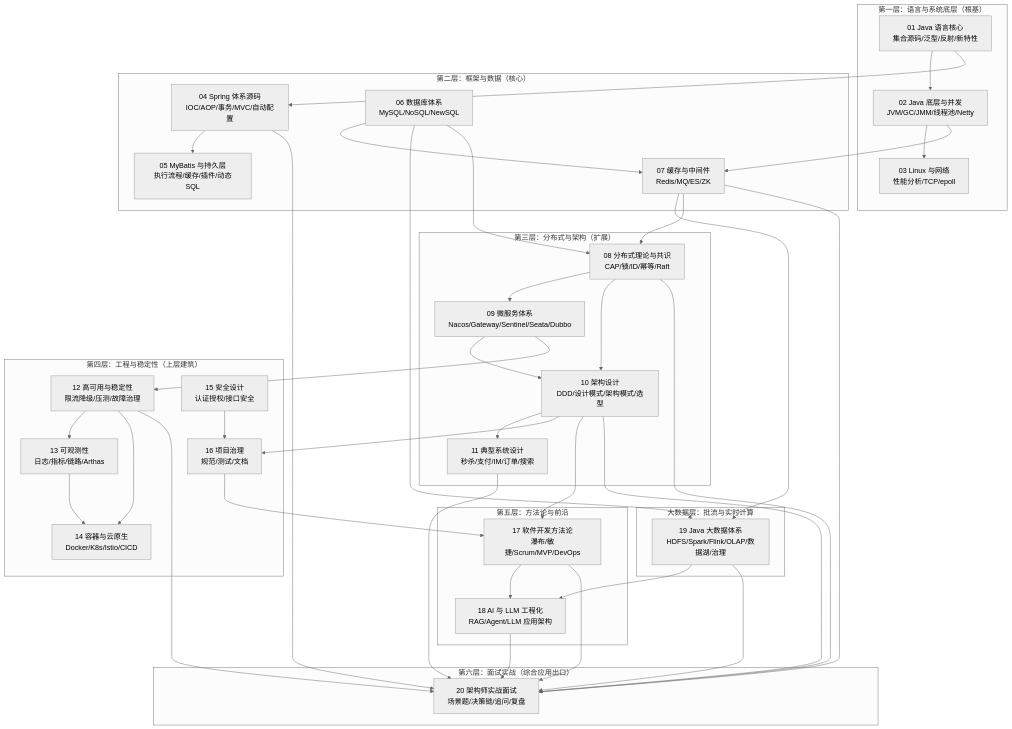
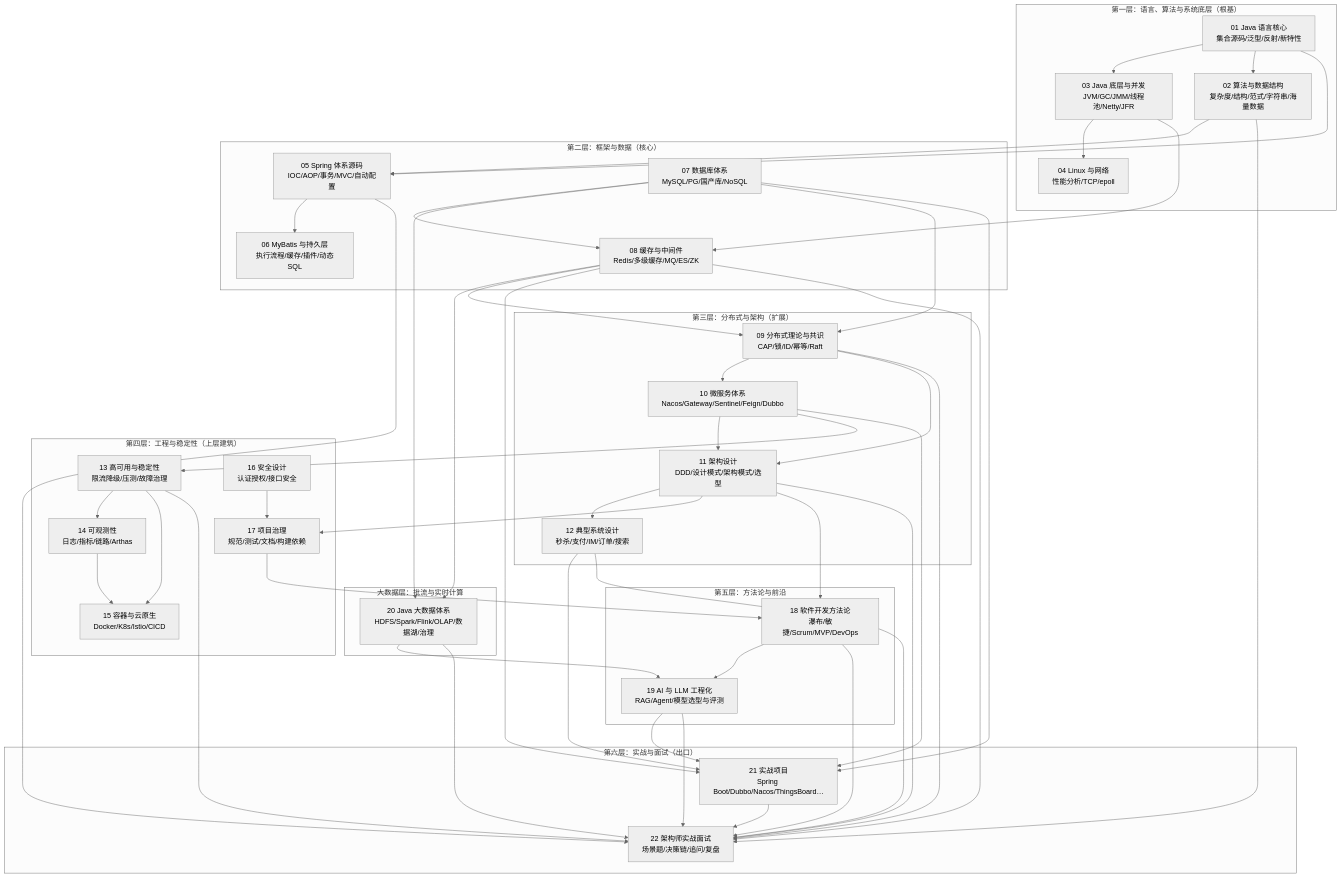
The diagram in docs/00-开始阅读/02-知识全景地图.md (cosolar/java-deep-dive), drawn with Mermaid (neutral theme) before and after one commit. The commit also changed other lines of this file and 307 other files, not shown here.

First line of the commit message:
feat: expand interview question bank and fix mermaid

````diff
--- a/docs/00-开始阅读/02-知识全景地图.md
+++ b/docs/00-开始阅读/02-知识全景地图.md
@@ -11,48 +11,52 @@
 ```mermaid
 flowchart TD
-    subgraph L1["第一层：语言与系统底层（根基）"]
+    subgraph L1["第一层：语言、算法与系统底层（根基）"]
         LANG["01 Java 语言核心<br/>集合源码/泛型/反射/新特性"]
-        JVM["02 Java 底层与并发<br/>JVM/GC/JMM/线程池/Netty"]
-        LINUX["03 Linux 与网络<br/>性能分析/TCP/epoll"]
+        ALGO["02 算法与数据结构<br/>复杂度/结构/范式/字符串/海量数据"]
+        JVM["03 Java 底层与并发<br/>JVM/GC/JMM/线程池/Netty/JFR"]
+        LINUX["04 Linux 与网络<br/>性能分析/TCP/epoll"]
     end
 
     subgraph L2["第二层：框架与数据（核心）"]
-        SPRING["04 Spring 体系源码<br/>IOC/AOP/事务/MVC/自动配置"]
-        MYBATIS["05 MyBatis 与持久层<br/>执行流程/缓存/插件/动态SQL"]
-        DB["06 数据库体系<br/>MySQL/NoSQL/NewSQL"]
-        MW["07 缓存与中间件<br/>Redis/MQ/ES/ZK"]
+        SPRING["05 Spring 体系源码<br/>IOC/AOP/事务/MVC/自动配置"]
+        MYBATIS["06 MyBatis 与持久层<br/>执行流程/缓存/插件/动态SQL"]
+        DB["07 数据库体系<br/>MySQL/PG/国产库/NoSQL"]
+        MW["08 缓存与中间件<br/>Redis/多级缓存/MQ/ES/ZK"]
     end
 
     subgraph L3["第三层：分布式与架构（扩展）"]
-        DIST["08 分布式理论与共识<br/>CAP/锁/ID/幂等/Raft"]
-        MS["09 微服务体系<br/>Nacos/Gateway/Sentinel/Seata/Dubbo"]
-        ARCH["10 架构设计<br/>DDD/设计模式/架构模式/选型"]
-        SYSDESIGN["11 典型系统设计<br/>秒杀/支付/IM/订单/搜索"]
+        DIST["09 分布式理论与共识<br/>CAP/锁/ID/幂等/Raft"]
+        MS["10 微服务体系<br/>Nacos/Gateway/Sentinel/Feign/Dubbo"]
+        ARCH["11 架构设计<br/>DDD/设计模式/架构模式/选型"]
+        SYSDESIGN["12 典型系统设计<br/>秒杀/支付/IM/订单/搜索"]
+    end
+
+    subgraph L4["第四层：工程与稳定性（上层建筑）"]
+        HA["13 高可用与稳定性<br/>限流降级/压测/故障治理"]
+        OBS["14 可观测性<br/>日志/指标/链路/Arthas"]
+        CLOUD["15 容器与云原生<br/>Docker/K8s/Istio/CICD"]
+        SEC["16 安全设计<br/>认证授权/接口安全"]
+        GOV["17 项目治理<br/>规范/测试/文档/构建依赖"]
+    end
+
+    subgraph L5["第五层：方法论与前沿"]
+        METHOD["18 软件开发方法论<br/>瀑布/敏捷/Scrum/MVP/DevOps"]
+        AI["19 AI 与 LLM 工程化<br/>RAG/Agent/模型选型与评测"]
     end
 
     subgraph L25["大数据层：批流与实时计算"]
-        BIGDATA["19 Java 大数据体系<br/>HDFS/Spark/Flink/OLAP/数据湖/治理"]
+        BIGDATA["20 Java 大数据体系<br/>HDFS/Spark/Flink/OLAP/数据湖/治理"]
     end
 
-    subgraph L4["第四层：工程与稳定性（上层建筑）"]
-        HA["12 高可用与稳定性<br/>限流降级/压测/故障治理"]
-        OBS["13 可观测性<br/>日志/指标/链路/Arthas"]
-        CLOUD["14 容器与云原生<br/>Docker/K8s/Istio/CICD"]
-        SEC["15 安全设计<br/>认证授权/接口安全"]
-        GOV["16 项目治理<br/>规范/测试/文档"]
-    end
-
-    subgraph L5["第五层：方法论与前沿"]
-        METHOD["17 软件开发方法论<br/>瀑布/敏捷/Scrum/MVP/DevOps"]
-        AI["18 AI 与 LLM 工程化<br/>RAG/Agent/LLM 应用架构"]
-    end
-
-    subgraph L6["第六层：面试实战（综合应用出口）"]
-        INTERVIEW["20 架构师实战面试<br/>场景题/决策链/追问/复盘"]
+    subgraph L6["第六层：实战与面试（出口）"]
+        PROJECT["21 实战项目<br/>Spring Boot/Dubbo/Nacos/ThingsBoard…"]
+        INTERVIEW["22 架构师实战面试<br/>场景题/决策链/追问/复盘"]
     end
 
     LANG --> JVM
     JVM --> LINUX
+    LANG --> ALGO
+    ALGO --> SPRING
     LANG --> SPRING
     JVM --> MW
     SPRING --> MYBATIS
@@ -75,6 +79,11 @@
     GOV --> METHOD
     METHOD --> AI
     BIGDATA --> AI
+    SYSDESIGN --> PROJECT
+    MS --> PROJECT
+    DB --> PROJECT
+    MW --> PROJECT
+    AI --> PROJECT
     BIGDATA --> INTERVIEW
     SPRING --> INTERVIEW
     MW --> INTERVIEW
@@ -84,4 +93,6 @@
     SYSDESIGN --> INTERVIEW
     METHOD --> INTERVIEW
     AI --> INTERVIEW
+    ALGO --> INTERVIEW
+    PROJECT --> INTERVIEW
 ```
````
